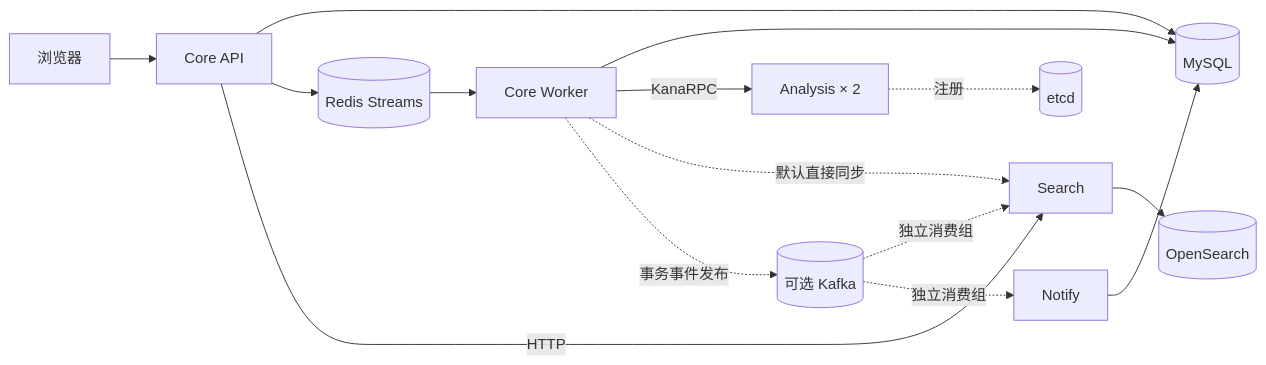
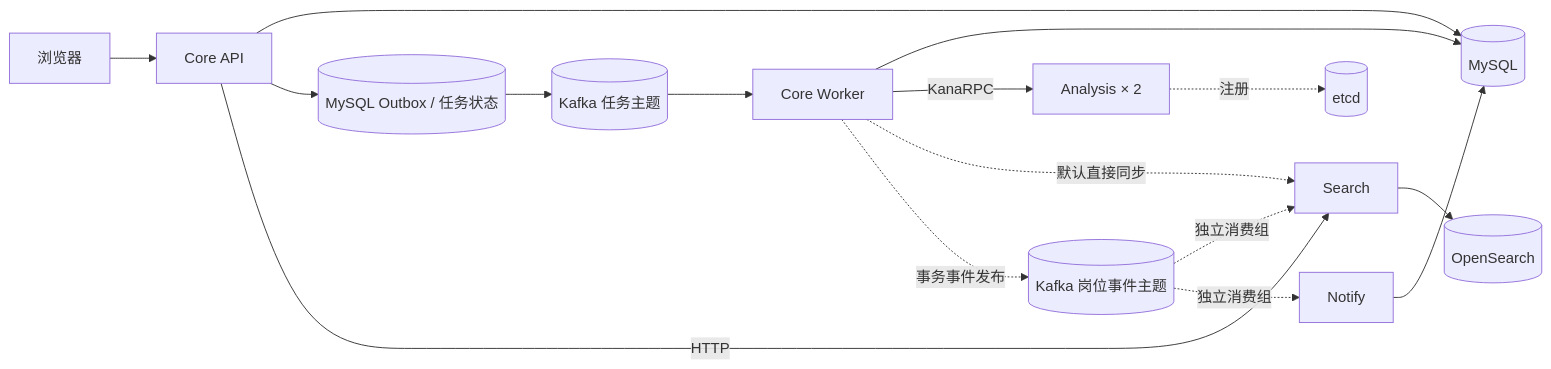
The diagram in README.md (KanaDoodle/CampusTrace), drawn with Mermaid before and after one commit. The commit also changed other lines of this file and 90 other files, not shown here.

First line of the commit message:
feat: unify background tasks on Kafka and modernize the stack

````diff
--- a/README.md
+++ b/README.md
@@ -27,17 +28,18 @@
 ```mermaid
 flowchart LR
     UI[浏览器] --> API[Core API]
     API --> SQL[(MySQL)]
-    API --> Redis[(Redis Streams)]
-    Redis --> Worker[Core Worker]
+    API --> Outbox[(MySQL Outbox / 任务状态)]
+    Outbox --> Tasks[(Kafka 任务主题)]
+    Tasks --> Worker[Core Worker]
     Worker --> SQL
     Worker -->|KanaRPC| Analysis[Analysis × 2]
     Analysis -. 注册 .-> Etcd[(etcd)]
     API -->|HTTP| Search[Search]
     Worker -. 默认直接同步 .-> Search
     Search --> OpenSearch[(OpenSearch)]
-    Worker -. 事务事件发布 .-> Kafka[(可选 Kafka)]
+    Worker -. 事务事件发布 .-> Kafka[(Kafka 岗位事件主题)]
     Kafka -. 独立消费组 .-> Search
     Kafka -. 独立消费组 .-> Notify[Notify]
     Notify --> SQL
 ```
````
